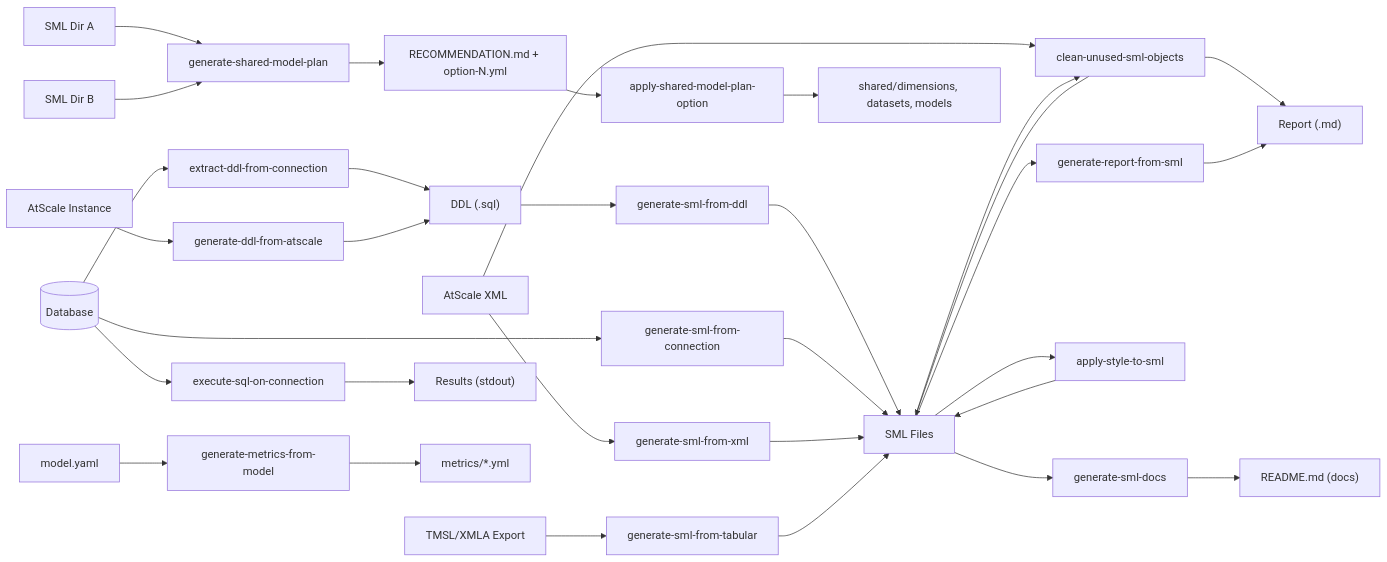
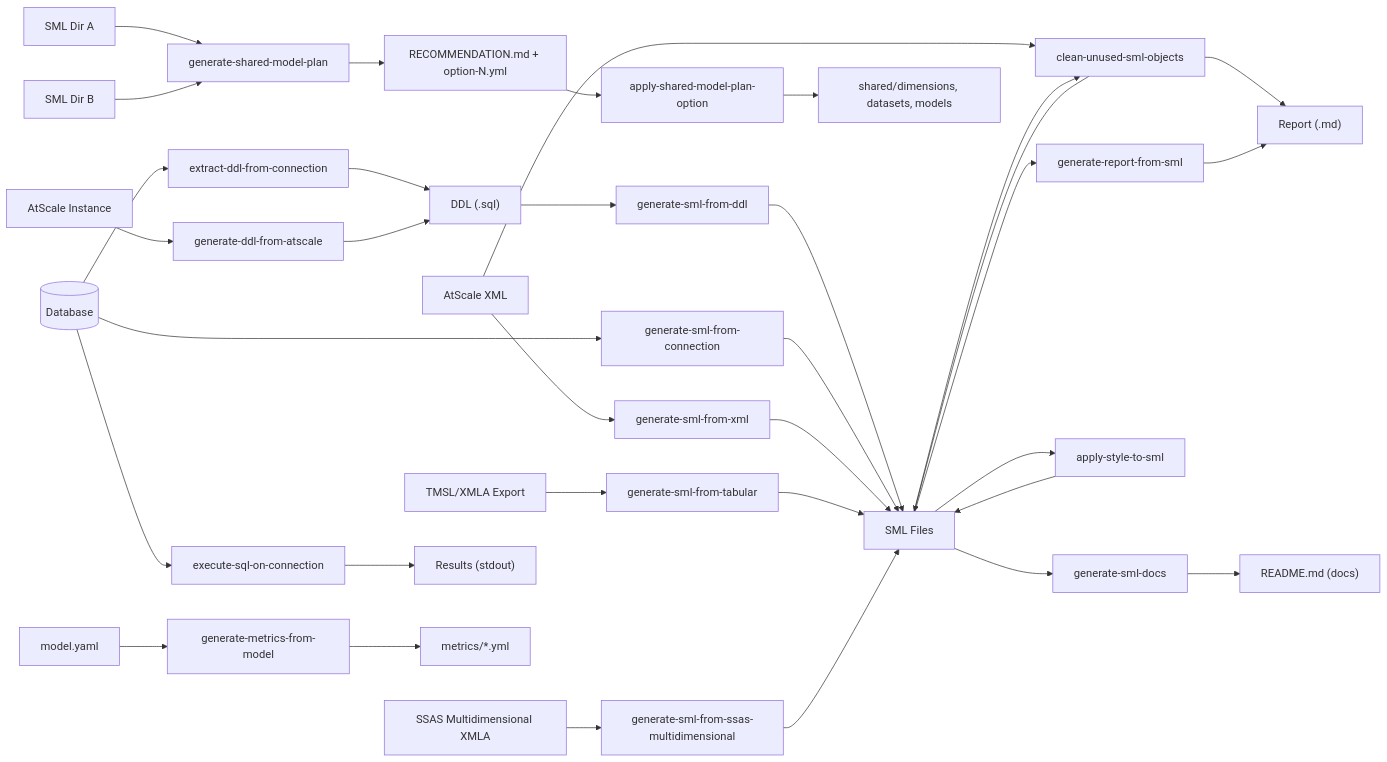
The second of 9 diagrams in README.md (AtScaleInc/ps-utils), drawn with Mermaid before and after one commit. The commit also changed other lines of this file and 13 other files, not shown here.

First line of the commit message:
Add generate-sml-from-ssas-multidimensional operation (SSAS OLAP cube -> SML) (#79)

````diff
--- a/README.md
+++ b/README.md
@@ -35,19 +35,20 @@
 ```mermaid
 flowchart LR
     DB[("Database")] --> A["extract-ddl-from-connection"] --> DDL["DDL (.sql)"]
     ATS["AtScale Instance"] --> B["generate-ddl-from-atscale"] --> DDL
     DDL --> C["generate-sml-from-ddl"] --> SML["SML Files"]
     DB --> D["generate-sml-from-connection"] --> SML
     XML["AtScale XML"] --> G["generate-sml-from-xml"] --> SML
     TMSL["TMSL/XMLA Export"] --> N["generate-sml-from-tabular"] --> SML
+    SSASMD["SSAS Multidimensional XMLA"] --> O["generate-sml-from-ssas-multidimensional"] --> SML
     XML --> L["generate-report-from-xml"] --> RPT["Report (.md)"]
     SML --> M["generate-report-from-sml"] --> RPT
     SML2A["SML Dir A"] --> H["generate-shared-model-plan"] --> PLAN["RECOMMENDATION.md + option-N.yml"]
     SML2B["SML Dir B"] --> H
     PLAN --> I["apply-shared-model-plan-option"] --> SHARED["shared/dimensions, datasets, models"]
     DB --> E["execute-sql-on-connection"] --> OUT["Results (stdout)"]
     MODEL["model.yaml"] --> F["generate-metrics-from-model"] --> METRICS["metrics/*.yml"]
     SML --> J["apply-style-to-sml"] --> SML
     SML --> K["generate-sml-docs"] --> DOCS["README.md (docs)"]
     SML --> L["clean-unused-sml-objects"] --> SML
 ```
````
